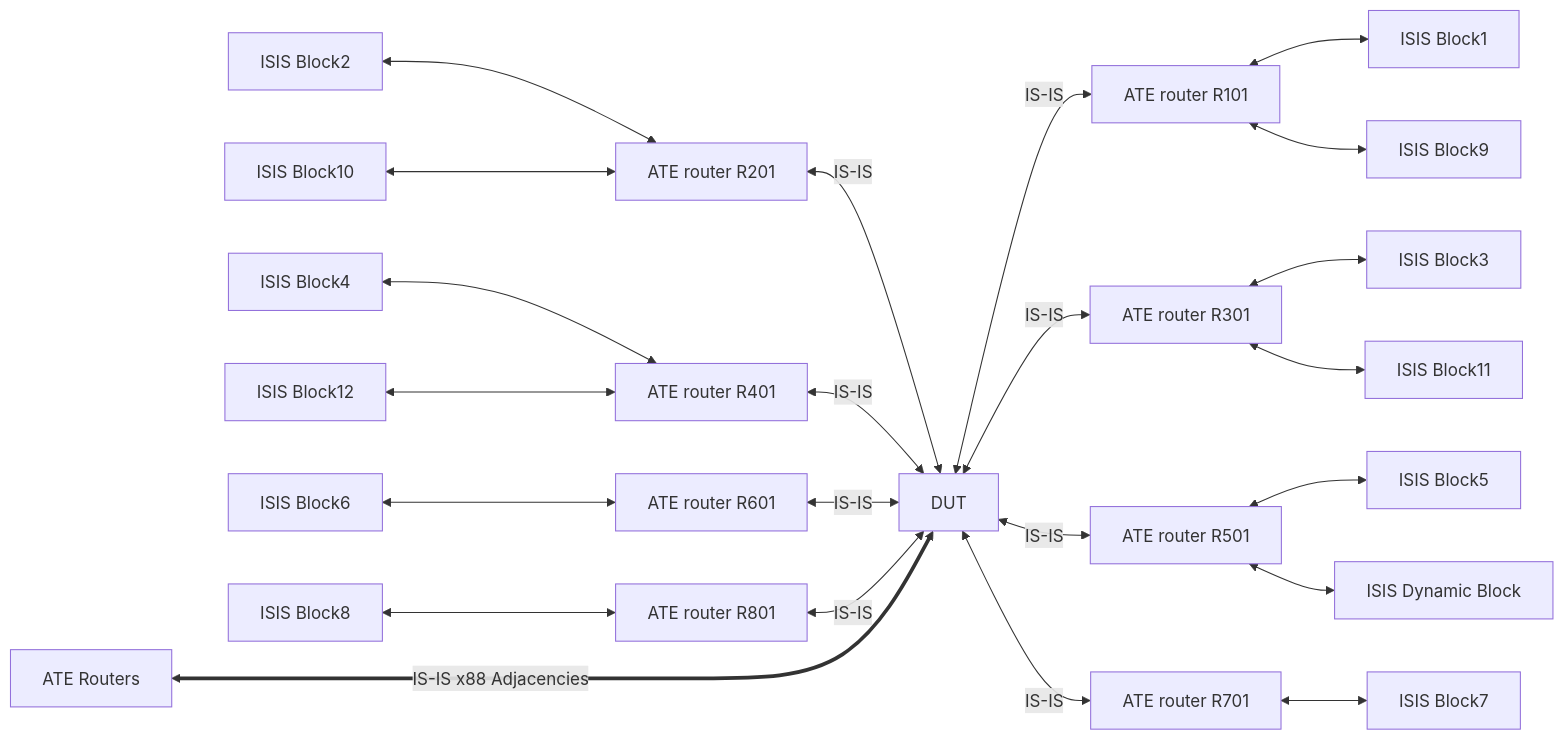
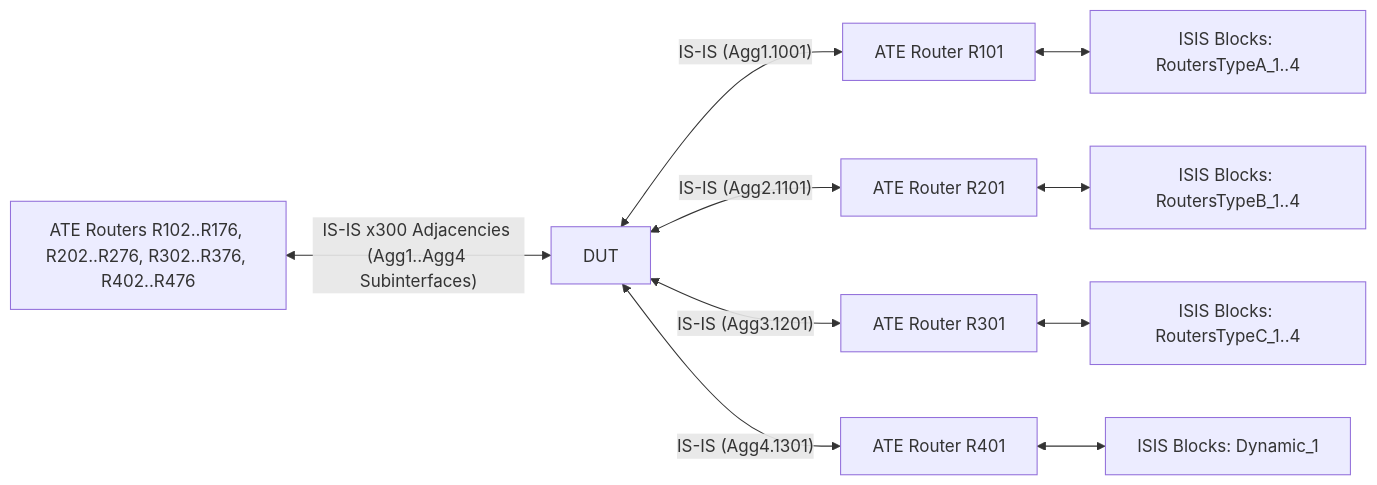
Before and after one commit to openconfig/featureprofiles: the diagram in feature/isis/otg_tests/isis_scale_multi_adjacency_test/README.md, drawn with Mermaid. The commit also changed other lines of this file and 5 other files, not shown here.

````diff
--- a/feature/isis/otg_tests/isis_scale_multi_adjacency_test/README.md
+++ b/feature/isis/otg_tests/isis_scale_multi_adjacency_test/README.md
@@ -27,25 +27,12 @@
 ```mermaid
 graph RL
-    Block1[ISIS Block1] <--> R101
-    Block3[ISIS Block3] <--> R301
-    Block5[ISIS Block5] <--> R501
-    Block7[ISIS Block7] <--> R701
-    Block9[ISIS Block9] <--> R101
-    Block11[ISIS Block11] <--> R301
-    ISIS_Dynamic_Block[ISIS Dynamic Block] <--> R501
-    R201 <--> Block2[ISIS Block2]
-    R401 <--> Block4[ISIS Block4]
-    R601 <--> Block6[ISIS Block6]
-    R801 <--> Block8[ISIS Block8]
-    R201 <--> Block10[ISIS Block10]
-    R401 <--> Block12[ISIS Block12]    
-    R101[ATE router R101] <--> |IS-IS |DUT[DUT]
-    R301[ATE router R301] <--> |IS-IS| DUT[DUT]
-    R501[ATE router R501] <--> |IS-IS| DUT[DUT]
-    R701[ATE router R701] <--> |IS-IS| DUT[DUT]
-    DUT <--> | IS-IS | R201[ATE router R201]
-    DUT <--> | IS-IS | R401[ATE router R401]
-    DUT <--> | IS-IS | R601[ATE router R601]
-    DUT <--> | IS-IS | R801[ATE router R801]
-    DUT <====> | IS-IS x88 Adjacencies  | Rest_Of_ERs[ATE Routers]
+    Block1[ISIS Blocks: RoutersTypeA_1..4] <--> R101[ATE Router R101]
+    Block2[ISIS Blocks: RoutersTypeB_1..4] <--> R201[ATE Router R201]
+    Block3[ISIS Blocks: RoutersTypeC_1..4] <--> R301[ATE Router R301]
+    Block4[ISIS Blocks: Dynamic_1] <--> R401[ATE Router R401]
+    R101 <--> |"IS-IS (Agg1.1001)"| DUT[DUT]
+    R201 <--> |"IS-IS (Agg2.1101)"| DUT[DUT]
+    R301 <--> |"IS-IS (Agg3.1201)"| DUT[DUT]
+    R401 <--> |"IS-IS (Agg4.1301)"| DUT[DUT]
+    DUT <--> |"IS-IS x300 Adjacencies (Agg1..Agg4 Subinterfaces)"| Rest_Of_ERs[ATE Routers R102..R176, R202..R276, R302..R376, R402..R476]
 ```
````
